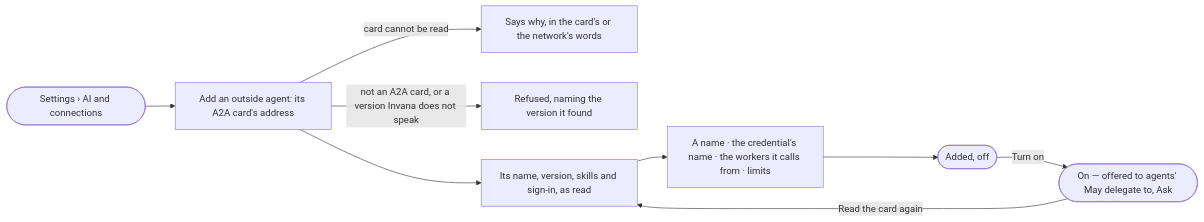
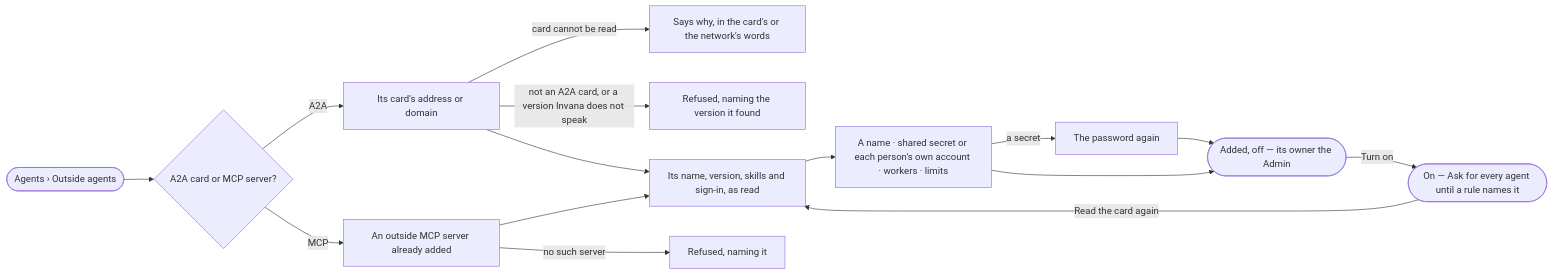
The diagram in specs/capabilities/agents/features/AG-F05-delegation-and-outside-agents/stories/AG-33-add-an-outside-agent-by-its-card/story.md (invana/invana), drawn with Mermaid before and after one commit. The commit also changed other lines of this file and 522 other files, not shown here.

````diff
--- a/specs/capabilities/agents/features/AG-F05-delegation-and-outside-agents/stories/AG-33-add-an-outside-agent-by-its-card/story.md
+++ b/specs/capabilities/agents/features/AG-F05-delegation-and-outside-agents/stories/AG-33-add-an-outside-agent-by-its-card/story.md
@@ -27,11 +28,17 @@
 ```mermaid
 flowchart LR
-  s([Settings › AI and connections]) --> a["Add an outside agent: its A2A card's address"]
+  s([Agents › Outside agents]) --> p{"A2A card or MCP server?"}
+  p -->|A2A| a["Its card's address or domain"]
   a -->|card cannot be read| x["Says why, in the card's or the network's words"]
   a -->|not an A2A card, or a version Invana does not speak| v["Refused, naming the version it found"]
   a --> c["Its name, version, skills and sign-in, as read"]
-  c --> n["A name · the credential's name · the workers it calls from · limits"]
-  n --> off(["Added, off"])
-  off -->|Turn on| on(["On — offered to agents' May delegate to, Ask"])
+  p -->|MCP| m["An outside MCP server already added"]
+  m -->|no such server| mx["Refused, naming it"]
+  m --> c
+  c --> n["A name · shared secret or each person's own account · workers · limits"]
+  n -->|a secret| pw["The password again"]
+  pw --> off
+  n --> off(["Added, off — its owner the Admin"])
+  off -->|Turn on| on(["On — Ask for every agent until a rule names it"])
   on -->|Read the card again| c
 ```
````
